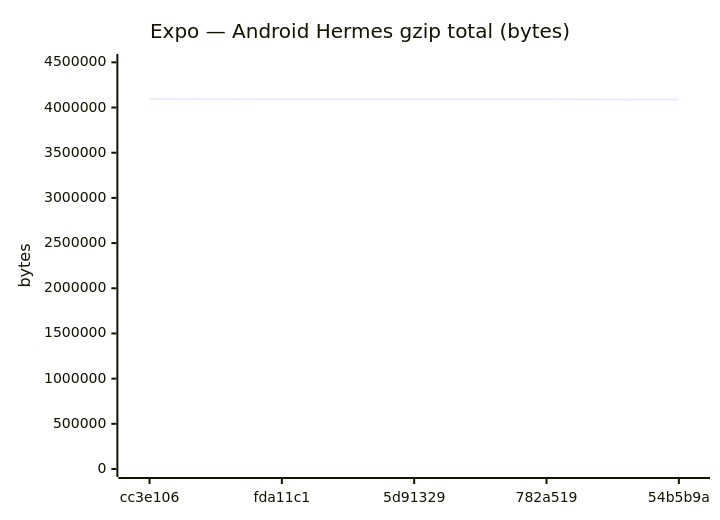
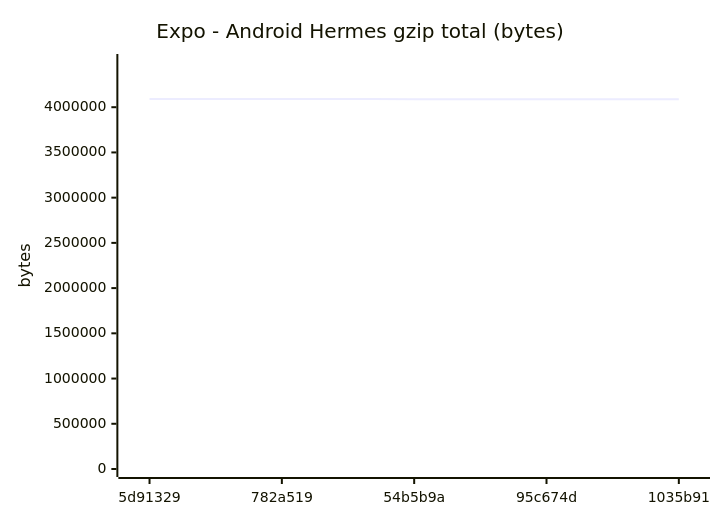
Before and after one commit to Metaheurist/Rianell: diagram 11 of 18 in benchmarks/compare.md, drawn with Mermaid. The commit also changed other lines of this file and 294 other files, not shown here.

````diff
--- a/benchmarks/compare.md
+++ b/benchmarks/compare.md
@@ -172,7 +172,7 @@
 ```mermaid
 xychart-beta
-    title "Expo — Android Hermes gzip total (bytes)"
-    x-axis ["cc3e106", "fda11c1", "5d91329", "782a519", "54b5b9a"]
-    y-axis "bytes" 0 --> 4503912
-    line [4094465, 4090789, 4090787, 4090360, 4089313]
+    title "Expo - Android Hermes gzip total (bytes)"
+    x-axis ["5d91329", "782a519", "54b5b9a", "95c674d", "1035b91"]
+    y-axis "bytes" 0 --> 4499866
+    line [4090787, 4090360, 4089313, 4088814, 4088813]
 ```
````
